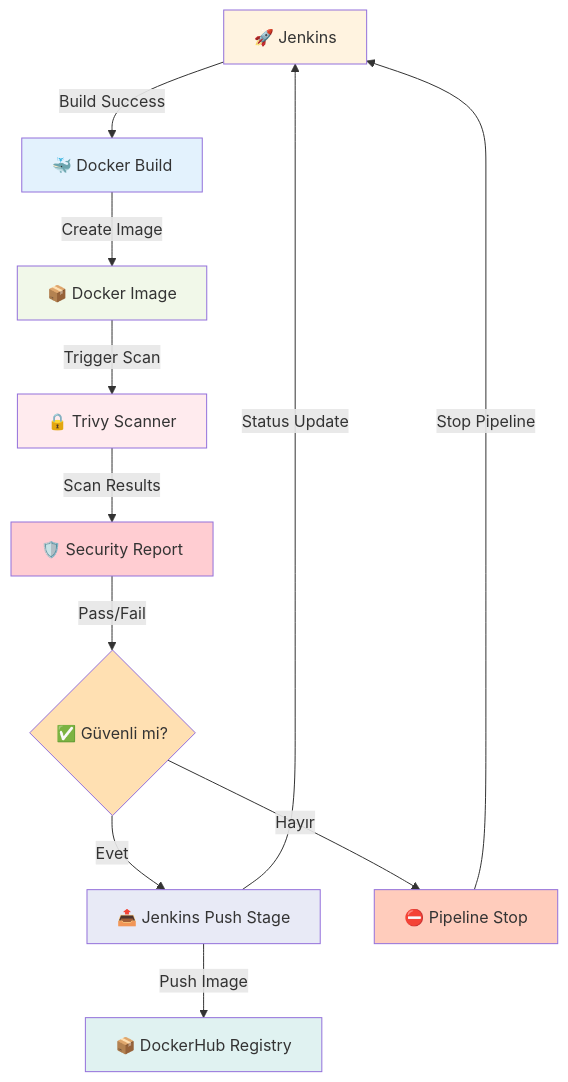
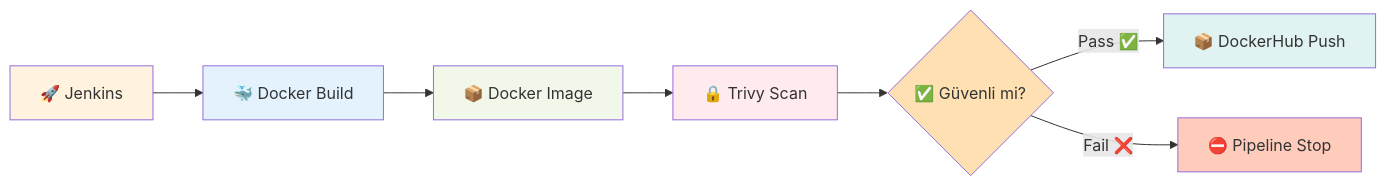
The fourth of 7 diagrams in README.md (onurglr/aws-pipeline), drawn with Mermaid before and after one commit.

````diff
--- a/README.md
+++ b/README.md
@@ -172,23 +172,17 @@
 ```mermaid
-graph TB
-    JM[🚀 Jenkins] -->|Build Success| D[🐳 Docker Build]
-    D -->|Create Image| IMG[📦 Docker Image]
-    IMG -->|Trigger Scan| T[🔒 Trivy Scanner]
-    T -->|Scan Results| SEC[🛡️ Security Report]
-    SEC -->|Pass/Fail| DEC{✅ Güvenli mi?}
-    DEC -->|Evet| PUSH[📤 Jenkins Push Stage]
-    DEC -->|Hayır| FAIL[⛔ Pipeline Stop]
-    PUSH -->|Push Image| DH[📦 DockerHub Registry]
-    PUSH -->|Status Update| JM
-    FAIL -->|Stop Pipeline| JM
+graph LR
+    JM[🚀 Jenkins] --> D[🐳 Docker Build]
+    D --> IMG[📦 Docker Image]
+    IMG --> T[🔒 Trivy Scan]
+    T --> DEC{✅ Güvenli mi?}
+    DEC -->|Pass ✅| DH[📦 DockerHub Push]
+    DEC -->|Fail ❌| STOP[⛔ Pipeline Stop]
 
     style JM fill:#fff3e0
     style D fill:#e3f2fd
     style IMG fill:#f1f8e9
     style T fill:#ffebee
-    style SEC fill:#ffcdd2
     style DEC fill:#ffe0b2
-    style PUSH fill:#e8eaf6
-    style FAIL fill:#ffccbc
     style DH fill:#e0f2f1
+    style STOP fill:#ffccbc
 ```
````
